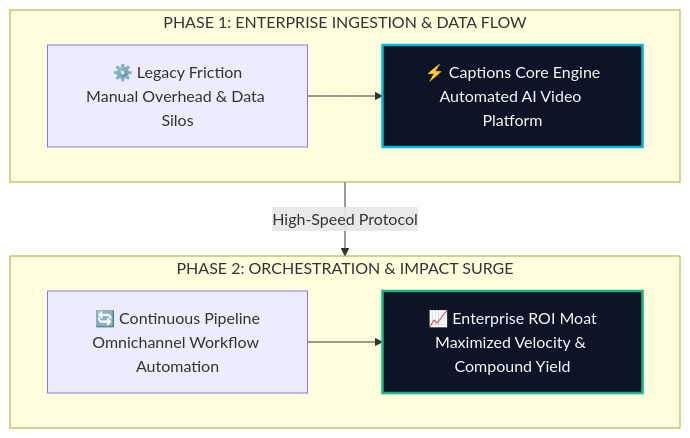
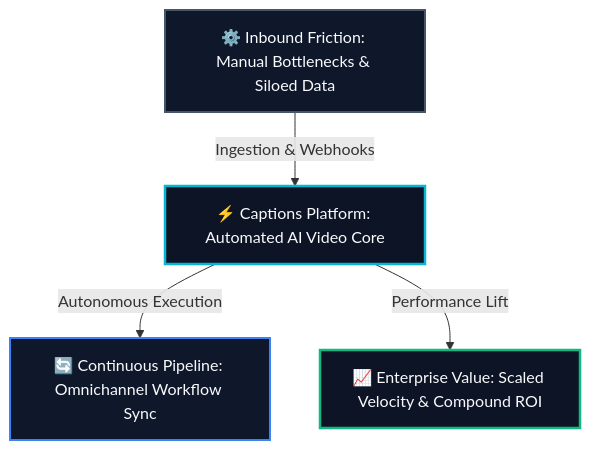
One commit to heliatech-media/saas-radar changed the diagram in site/src/content/blog/captions-evolution-guide-2026.md. Above: the diagram before and after it, drawn with Mermaid. The commit also changed 93 other files, not shown here.

First line of the commit message:
fix(diagrams): resolve dagre-d3 subgraph collision by migrating to balanced 3-tier Hub & Spoke architecture

````diff
--- a/site/src/content/blog/captions-evolution-guide-2026.md
+++ b/site/src/content/blog/captions-evolution-guide-2026.md
@@ -51,14 +51,14 @@
 ```mermaid
 flowchart TD
-    subgraph S1["PHASE 1: ENTERPRISE INGESTION & DATA FLOW"]
-        direction LR
-        A["⚙️ Legacy Friction<br/>Manual Overhead & Data Silos"] --> B["⚡ Captions Core Engine<br/>Automated AI Video Platform"]
-    end
-    subgraph S2["PHASE 2: ORCHESTRATION & IMPACT SURGE"]
-        direction LR
-        C["🔄 Continuous Pipeline<br/>Omnichannel Workflow Automation"] --> D["📈 Enterprise ROI Moat<br/>Maximized Velocity & Compound Yield"]
-    end
-    S1 -->|High-Speed Protocol| S2
-    style B fill:#0c1425,stroke:#06b6d4,stroke-width:2.5px,color:#f8fafc
-    style D fill:#0c1425,stroke:#10b981,stroke-width:2.5px,color:#f8fafc
+    Inp["⚙️ Inbound Friction: Manual Bottlenecks & Siloed Data"]
+    Eng["⚡ Captions Platform: Automated AI Video Core"]
+    Out1["🔄 Continuous Pipeline: Omnichannel Workflow Sync"]
+    Out2["📈 Enterprise Value: Scaled Velocity & Compound ROI"]
+    Inp -->|Ingestion & Webhooks| Eng
+    Eng -->|Autonomous Execution| Out1
+    Eng -->|Performance Lift| Out2
+    style Inp fill:#0f172a,stroke:#475569,stroke-width:2px,color:#f8fafc
+    style Eng fill:#0c1425,stroke:#06b6d4,stroke-width:2.5px,color:#f8fafc
+    style Out1 fill:#0f172a,stroke:#3b82f6,stroke-width:2px,color:#f8fafc
+    style Out2 fill:#0c1425,stroke:#10b981,stroke-width:2.5px,color:#f8fafc
 ```
````
